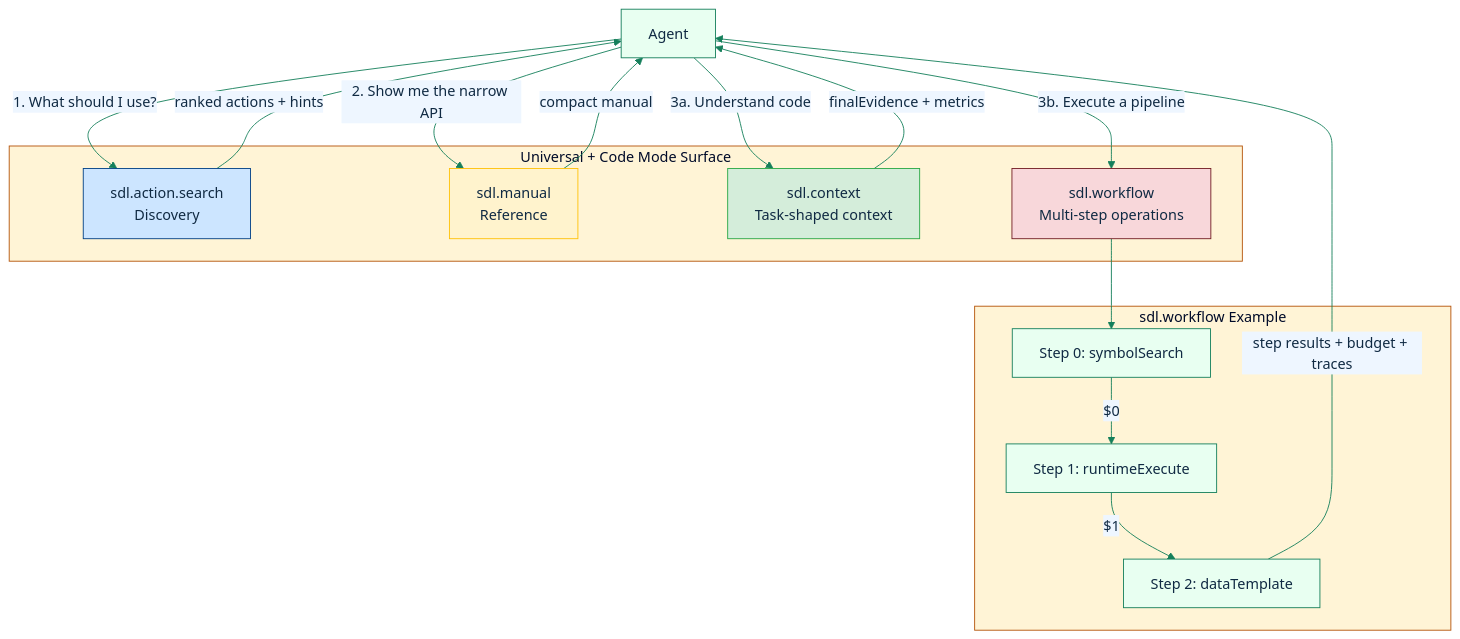
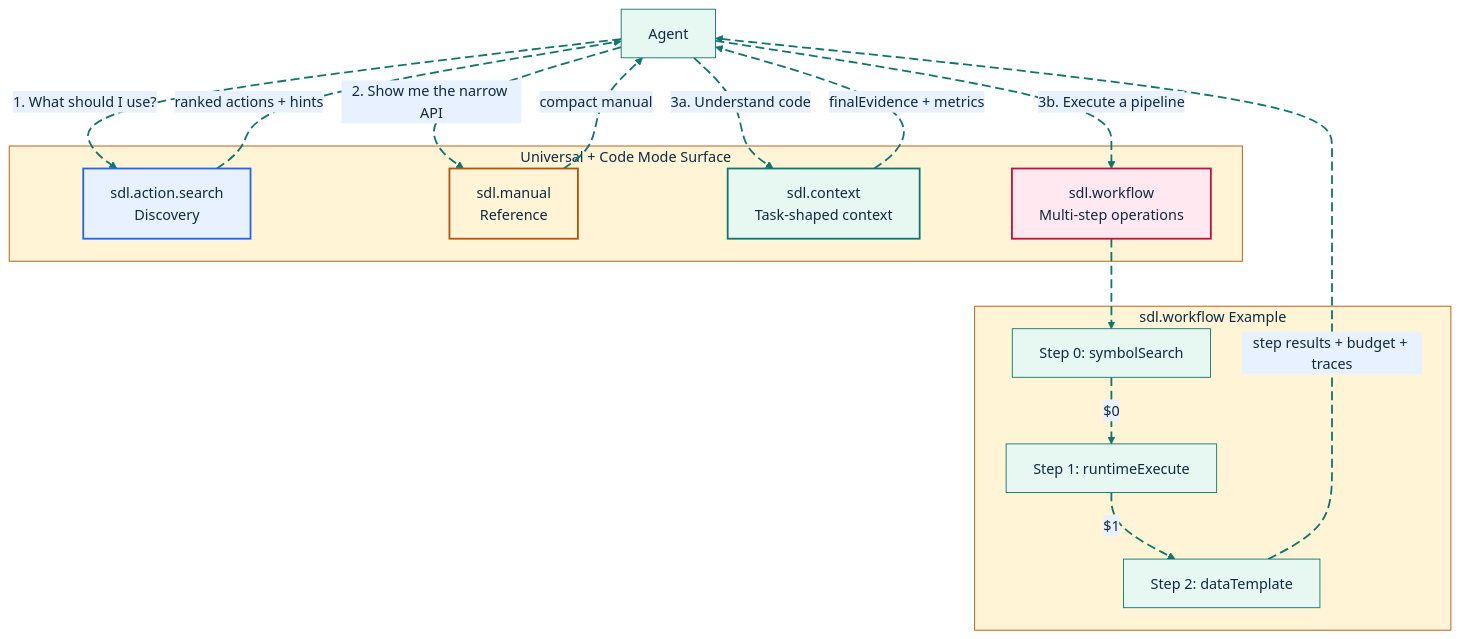
One commit to GlitterKill/sdl-mcp changed the diagram in docs/feature-deep-dives/code-mode.md. Above: the diagram before and after it, drawn with Mermaid. The commit also changed 33 other files, not shown here.

First line of the commit message:
docs: update mermaid diagram themes and styling across documentation

````diff
--- a/docs/feature-deep-dives/code-mode.md
+++ b/docs/feature-deep-dives/code-mode.md
@@ -101,36 +101,45 @@
 ```mermaid
-%%{init: {"theme":"base","themeVariables":{"primaryColor":"#e8fff1","primaryBorderColor":"#157f5b","primaryTextColor":"#102a43","secondaryColor":"#eef6ff","secondaryBorderColor":"#2563eb","tertiaryColor":"#fff4d6","tertiaryBorderColor":"#b45309","lineColor":"#157f5b","fontFamily":"Trebuchet MS, Arial"},"flowchart":{"curve":"basis"}}}%%
+%%{init: {"theme":"base","themeVariables":{"background":"#ffffff","primaryColor":"#E7F8F2","primaryBorderColor":"#0F766E","primaryTextColor":"#102A43","secondaryColor":"#E8F1FF","secondaryBorderColor":"#2563EB","secondaryTextColor":"#102A43","tertiaryColor":"#FFF4D6","tertiaryBorderColor":"#B45309","tertiaryTextColor":"#102A43","lineColor":"#0F766E","textColor":"#102A43","fontFamily":"Inter, ui-sans-serif, system-ui, -apple-system, BlinkMacSystemFont, Segoe UI, sans-serif"},"flowchart":{"curve":"basis","htmlLabels":true}}}%%
 flowchart TD
     Agent["Agent"]
 
     subgraph "Universal + Code Mode Surface"
         AS["sdl.action.search<br/>Discovery"]
         MN["sdl.manual<br/>Reference"]
         CTX["sdl.context<br/>Task-shaped context"]
         WF["sdl.workflow<br/>Multi-step operations"]
     end
 
-    Agent -->|"1. What should I use?"| AS
-    AS -->|"ranked actions + hints"| Agent
-    Agent -->|"2. Show me the narrow API"| MN
-    MN -->|"compact manual"| Agent
-    Agent -->|"3a. Understand code"| CTX
-    Agent -->|"3b. Execute a pipeline"| WF
+    Agent e1@-->|"1. What should I use?"| AS
+    AS e2@-->|"ranked actions + hints"| Agent
+    Agent e3@-->|"2. Show me the narrow API"| MN
+    MN e4@-->|"compact manual"| Agent
+    Agent e5@-->|"3a. Understand code"| CTX
+    Agent e6@-->|"3b. Execute a pipeline"| WF
 
     subgraph "sdl.workflow Example"
         S1["Step 0: symbolSearch"]
         S2["Step 1: runtimeExecute"]
         S3["Step 2: dataTemplate"]
-        S1 -->|"$0"| S2
-        S2 -->|"$1"| S3
+        S1 e7@-->|"$0"| S2
+        S2 e8@-->|"$1"| S3
     end
 
-    WF --> S1
-    CTX -->|"finalEvidence + metrics"| Agent
-    S3 -->|"step results + budget + traces"| Agent
+    WF e9@--> S1
+    CTX e10@-->|"finalEvidence + metrics"| Agent
+    S3 e11@-->|"step results + budget + traces"| Agent
 
-    style AS fill:#cce5ff,stroke:#004085
-    style MN fill:#fff3cd,stroke:#ffc107
-    style CTX fill:#d4edda,stroke:#28a745
-    style WF fill:#f8d7da,stroke:#721c24
+    style AS fill:#E8F1FF,stroke:#2563EB,stroke-width:2px,color:#102A43
+    style MN fill:#FFF4D6,stroke:#B45309,stroke-width:2px,color:#102A43
+    style CTX fill:#E7F8F2,stroke:#0F766E,stroke-width:2px,color:#102A43
+    style WF fill:#FFE8EF,stroke:#BE123C,stroke-width:2px,color:#102A43
+
+    classDef source fill:#E7F8F2,stroke:#0F766E,stroke-width:2px,color:#102A43;
+    classDef process fill:#E8F1FF,stroke:#2563EB,stroke-width:2px,color:#102A43;
+    classDef decision fill:#FFF4D6,stroke:#B45309,stroke-width:2px,color:#102A43;
+    classDef storage fill:#F2E8FF,stroke:#7C3AED,stroke-width:2px,color:#102A43;
+    classDef output fill:#FFE8EF,stroke:#BE123C,stroke-width:2px,color:#102A43;
+    classDef muted fill:#F8FAFC,stroke:#64748B,stroke-width:1px,color:#102A43;
+    classDef animate stroke:#0F766E,stroke-width:2px,stroke-dasharray:10\,5,stroke-dashoffset:900,animation:dash 22s linear infinite;
+    class e1,e2,e3,e4,e5,e6,e7,e8,e9,e10,e11 animate;
 ```
````
